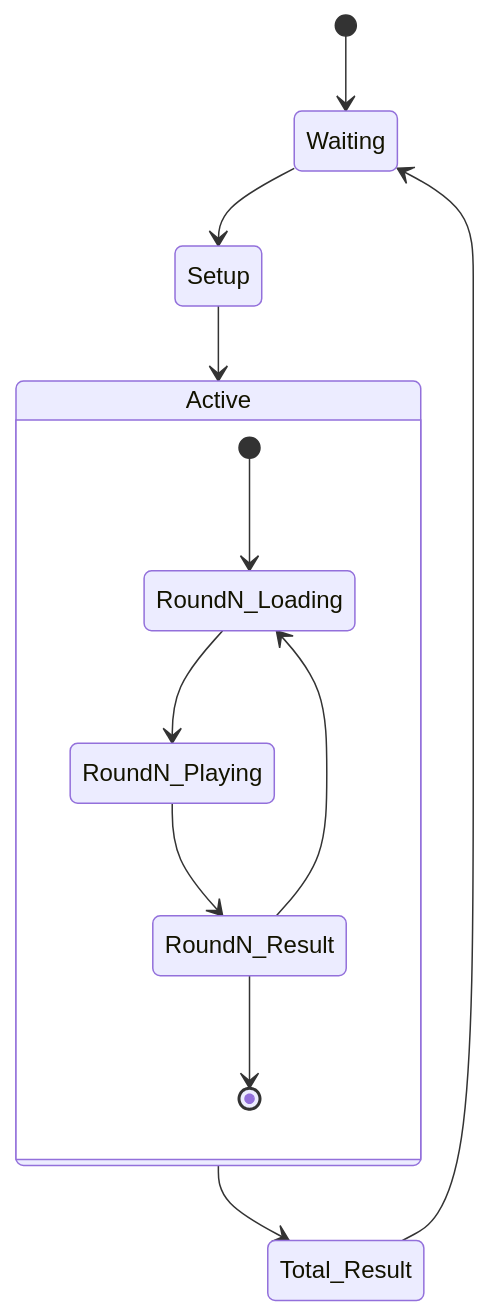
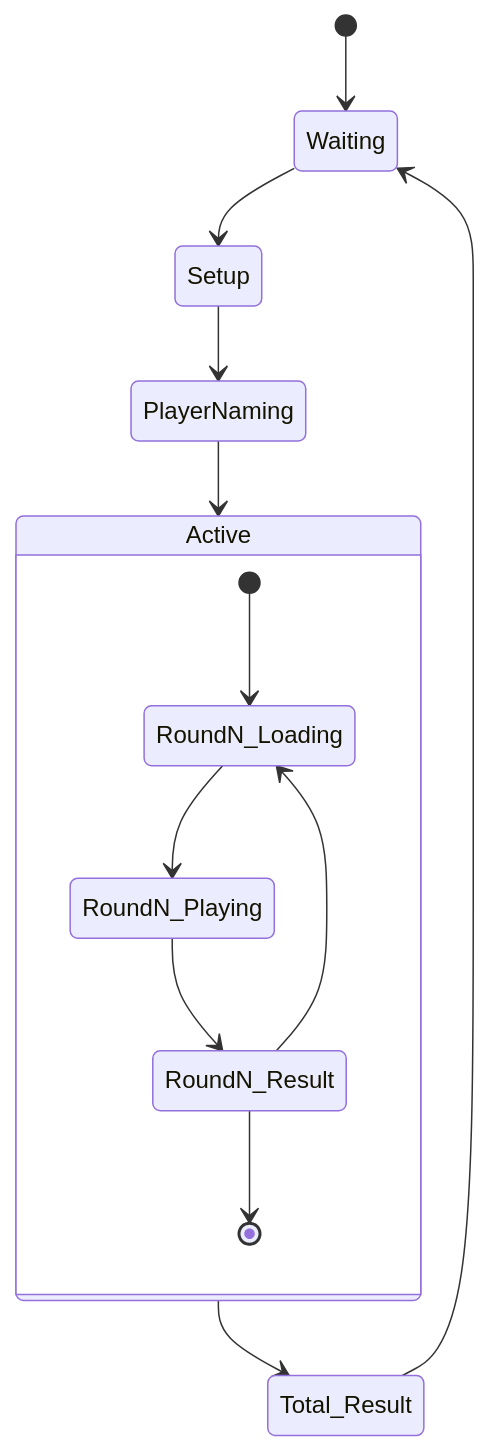
Before and after one commit to TakuroFukamizu/sanu0420hack-r3: the diagram in docs/README.md, drawn with Mermaid. The commit also changed 1 other file, not shown here.

Commit message:
docs: playerNaming 状態を overview / README に反映

````diff
--- a/docs/README.md
+++ b/docs/README.md
@@ -31,17 +31,18 @@
 ```mermaid
 stateDiagram-v2
     [*] --> Waiting
     Waiting --> Setup
-    Setup --> Active
+    Setup --> PlayerNaming
+    PlayerNaming --> Active
 
     state Active {
         [*] --> RoundN_Loading
         RoundN_Loading --> RoundN_Playing
         RoundN_Playing --> RoundN_Result
         RoundN_Result --> RoundN_Loading
         RoundN_Result --> [*]
     }
 
     Active --> Total_Result
     Total_Result --> Waiting
 ```
````
